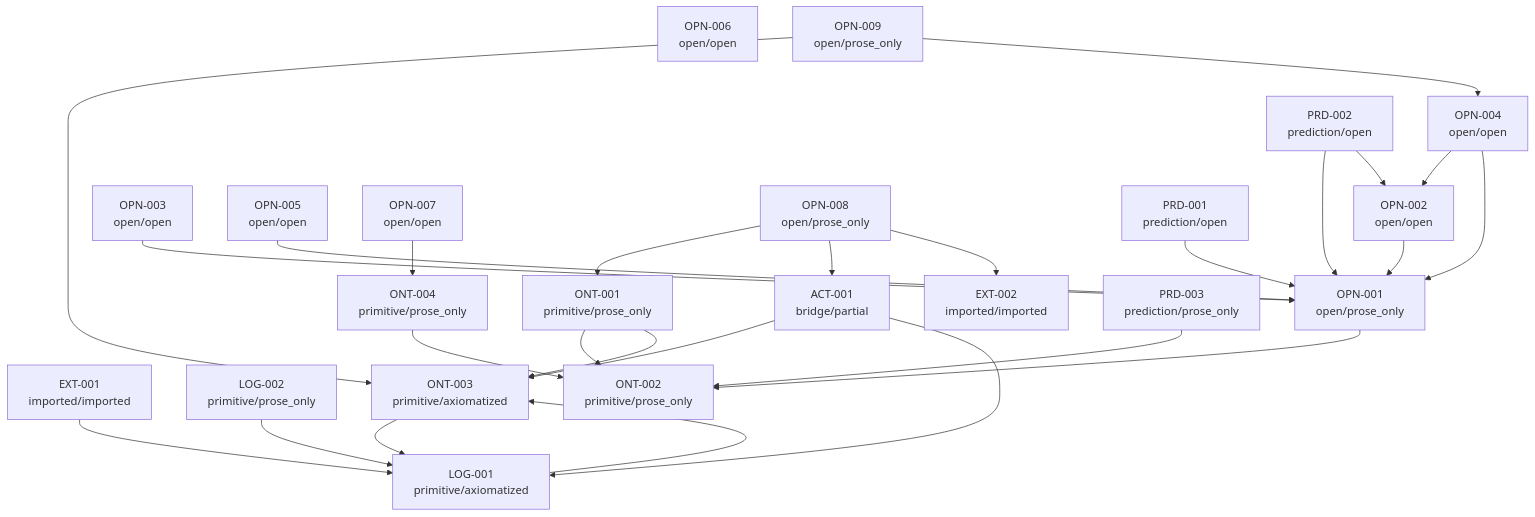
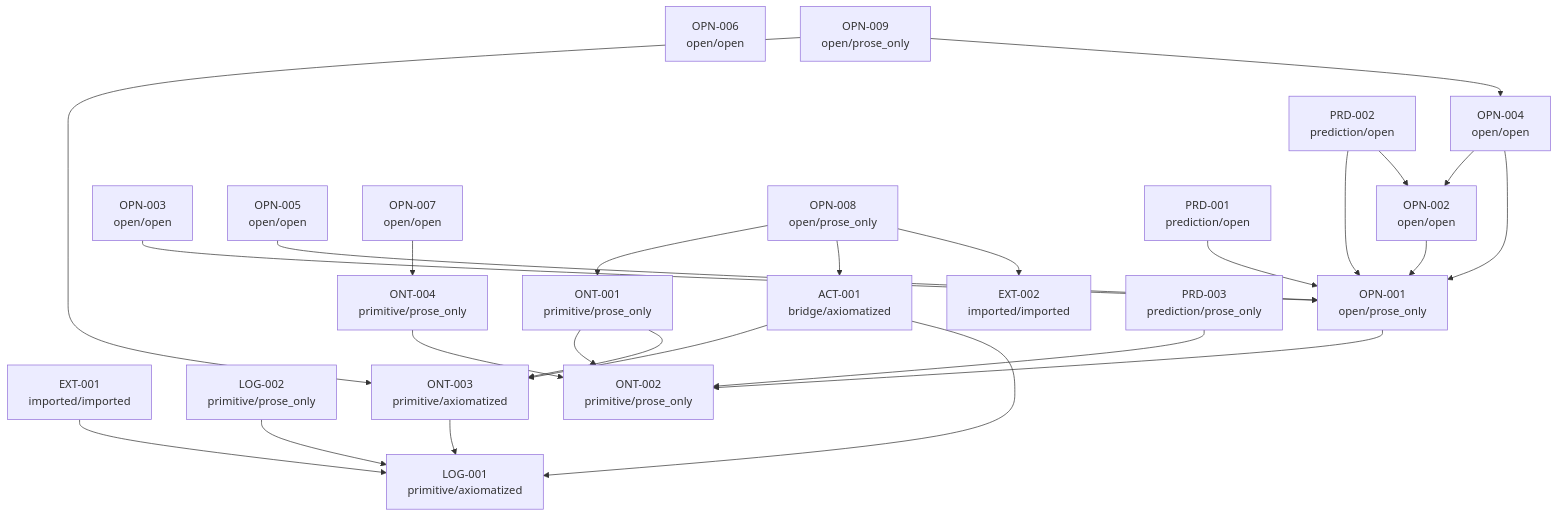
The diagram in traceability/generated/dependency-graph.mmd (jdlongmire/triadic-reality-theory), drawn with Mermaid before and after one commit.

Commit message:
regenerate traceability after LOG-001 normalization

```diff
--- a/traceability/generated/dependency-graph.mmd
+++ b/traceability/generated/dependency-graph.mmd
@@ -1,47 +1,46 @@
 graph TD
-  ACT-001["ACT-001<br/>bridge/partial"]
+  ACT-001["ACT-001<br/>bridge/axiomatized"]
   EXT-001["EXT-001<br/>imported/imported"]
   EXT-002["EXT-002<br/>imported/imported"]
   LOG-001["LOG-001<br/>primitive/axiomatized"]
   LOG-002["LOG-002<br/>primitive/prose_only"]
   ONT-001["ONT-001<br/>primitive/prose_only"]
   ONT-002["ONT-002<br/>primitive/prose_only"]
   ONT-003["ONT-003<br/>primitive/axiomatized"]
   ONT-004["ONT-004<br/>primitive/prose_only"]
   OPN-001["OPN-001<br/>open/prose_only"]
   OPN-002["OPN-002<br/>open/open"]
   OPN-003["OPN-003<br/>open/open"]
   OPN-004["OPN-004<br/>open/open"]
   OPN-005["OPN-005<br/>open/open"]
   OPN-006["OPN-006<br/>open/open"]
   OPN-007["OPN-007<br/>open/open"]
   OPN-008["OPN-008<br/>open/prose_only"]
   OPN-009["OPN-009<br/>open/prose_only"]
   PRD-001["PRD-001<br/>prediction/open"]
   PRD-002["PRD-002<br/>prediction/open"]
   PRD-003["PRD-003<br/>prediction/prose_only"]
   ACT-001 --> ONT-003
   ACT-001 --> LOG-001
   EXT-001 --> LOG-001
-  LOG-001 --> ONT-003
   LOG-002 --> LOG-001
   ONT-001 --> ONT-002
   ONT-001 --> ONT-003
   ONT-003 --> LOG-001
   ONT-004 --> ONT-002
   OPN-001 --> ONT-002
   OPN-002 --> OPN-001
   OPN-003 --> OPN-001
   OPN-004 --> OPN-002
   OPN-004 --> OPN-001
   OPN-005 --> OPN-001
   OPN-007 --> ONT-004
   OPN-008 --> ONT-001
   OPN-008 --> ACT-001
   OPN-008 --> EXT-002
   OPN-009 --> ONT-003
   OPN-009 --> OPN-004
   PRD-001 --> OPN-001
   PRD-002 --> OPN-001
   PRD-002 --> OPN-002
   PRD-003 --> ONT-002
```
